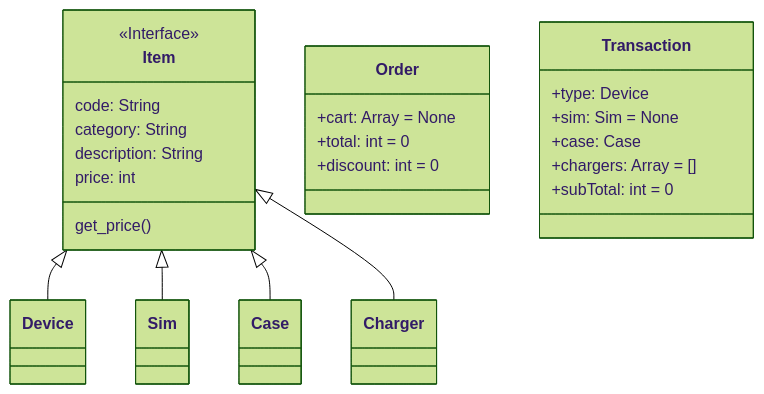
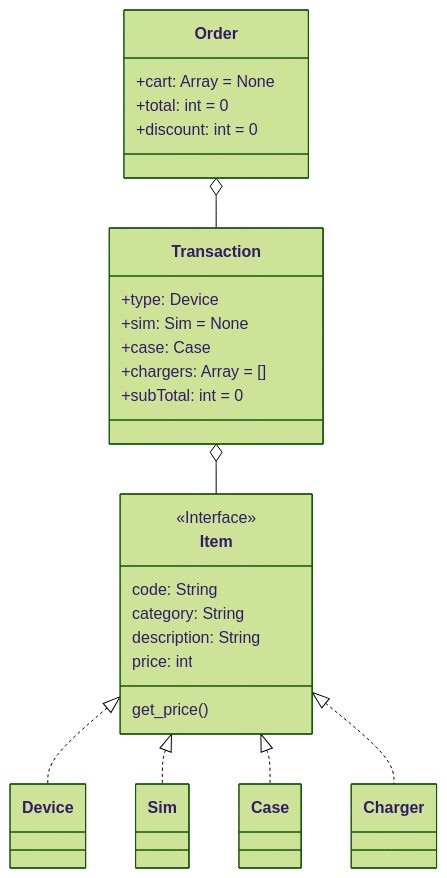
One commit to matbgn/terminal-shop changed the diagram in docs/README.md. Above: the diagram before and after it, drawn with Mermaid (forest theme).

Commit message:
Add aggregation on class diagram

````diff
--- a/docs/README.md
+++ b/docs/README.md
@@ -5,30 +5,34 @@
 ```mermaid
 classDiagram
-    Item <|-- Device
-    Item <|-- Sim
-    Item <|-- Case
-    Item <|-- Charger
+    Item <|.. Device
+    Item <|.. Sim
+    Item <|.. Case
+    Item <|.. Charger
+    
+    Order o-- Transaction
+    
+    Transaction o-- Item
     
     class Item {
       <<Interface>>
       code: String
       category: String
       description: String
       price: int
       get_price()
     }
     
     class Order {
       +cart: Array<Transaction> = None
       +total: int = 0
       +discount: int = 0
     }
     
     class Transaction {
       +type: Device
       +sim: Sim = None
       +case: Case
       +chargers: Array<Charger> = []
       +subTotal: int = 0
     }
 ```
````
